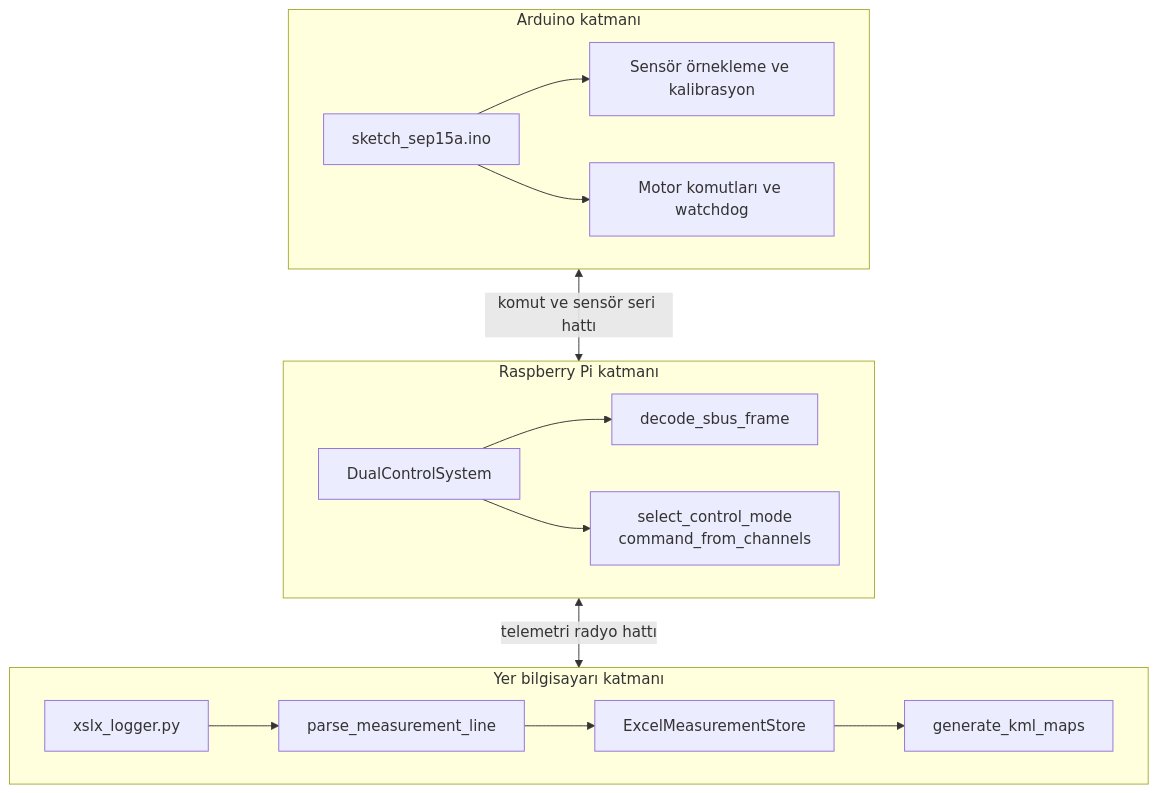
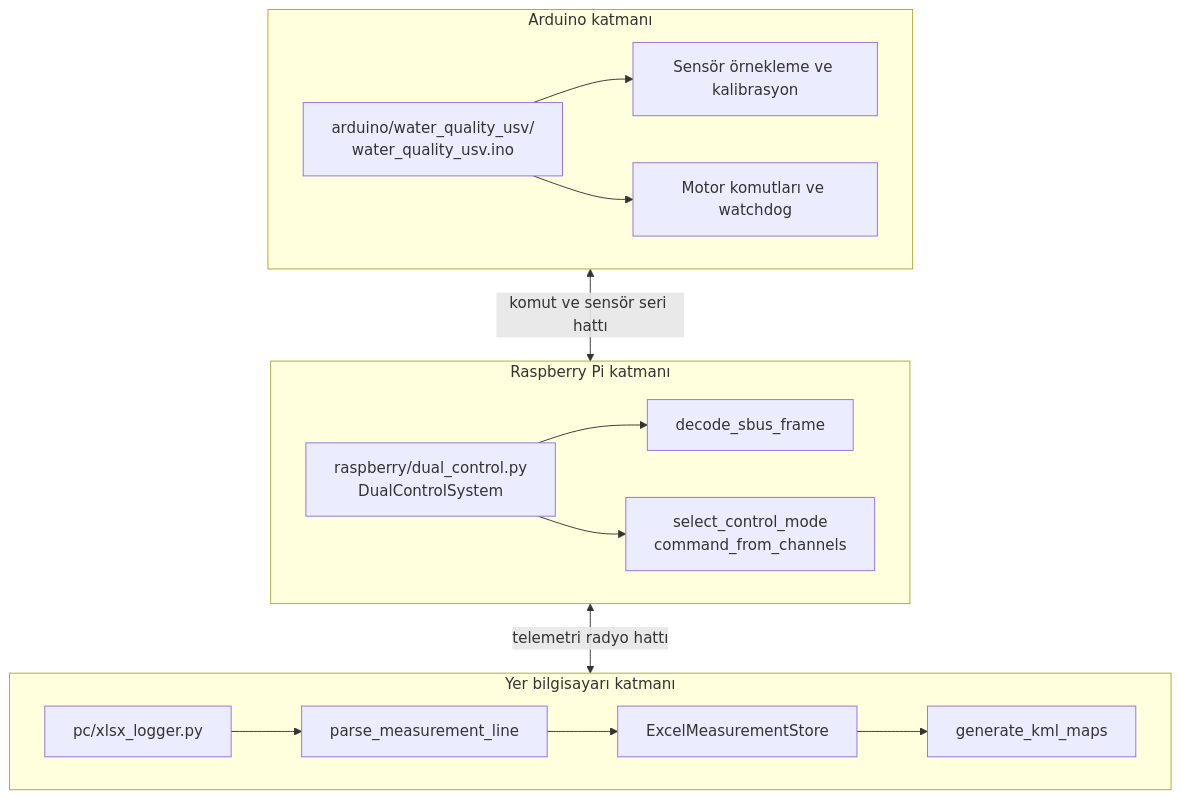
Before and after one commit to emircanylmz/water-quality-usv: the second of 8 diagrams in docs/ARCHITECTURE_TR.md, drawn with Mermaid. The commit also changed other lines of this file and 30 other files, not shown here.

````diff
--- a/docs/ARCHITECTURE_TR.md
+++ b/docs/ARCHITECTURE_TR.md
@@ -69,29 +69,29 @@
 ```mermaid
 flowchart TB
     subgraph ArduinoLayer["Arduino katmanı"]
-        Sketch["sketch_sep15a.ino"]
+        Sketch["arduino/water_quality_usv/<br/>water_quality_usv.ino"]
         SensorRead["Sensör örnekleme ve kalibrasyon"]
         MotorDrive["Motor komutları ve watchdog"]
         Sketch --> SensorRead
         Sketch --> MotorDrive
     end
 
     subgraph PiLayer["Raspberry Pi katmanı"]
-        Dual["DualControlSystem"]
+        Dual["raspberry/dual_control.py<br/>DualControlSystem"]
         SBus["decode_sbus_frame"]
         Decision["select_control_mode<br/>command_from_channels"]
         Dual --> SBus
         Dual --> Decision
     end
 
     subgraph GroundLayer["Yer bilgisayarı katmanı"]
-        Logger["xslx_logger.py"]
+        Logger["pc/xlsx_logger.py"]
         Protocol["parse_measurement_line"]
         Store["ExcelMeasurementStore"]
         Maps["generate_kml_maps"]
         Logger --> Protocol --> Store --> Maps
     end
 
     ArduinoLayer <-->|"komut ve sensör seri hattı"| PiLayer
     PiLayer <-->|"telemetri radyo hattı"| GroundLayer
 ```
````
